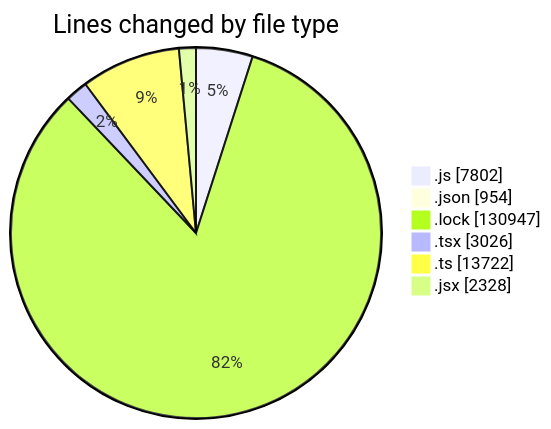
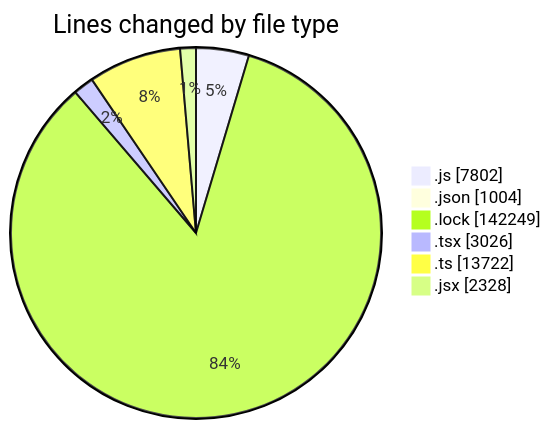
The first of 2 diagrams in 2025-12-18/cda/README.md (momahboobian/code-tracking), drawn with Mermaid before and after one commit. The commit also changed other lines of this file and 1 other file, not shown here.

````diff
--- a/2025-12-18/cda/README.md
+++ b/2025-12-18/cda/README.md
@@ -108,10 +108,10 @@
 ```mermaid
 pie showData
 title Lines changed by file type
 ".js" : 7802
-".json" : 954
-".lock" : 130947
+".json" : 1004
+".lock" : 142249
 ".tsx" : 3026
 ".ts" : 13722
 ".jsx" : 2328
 ```
````
